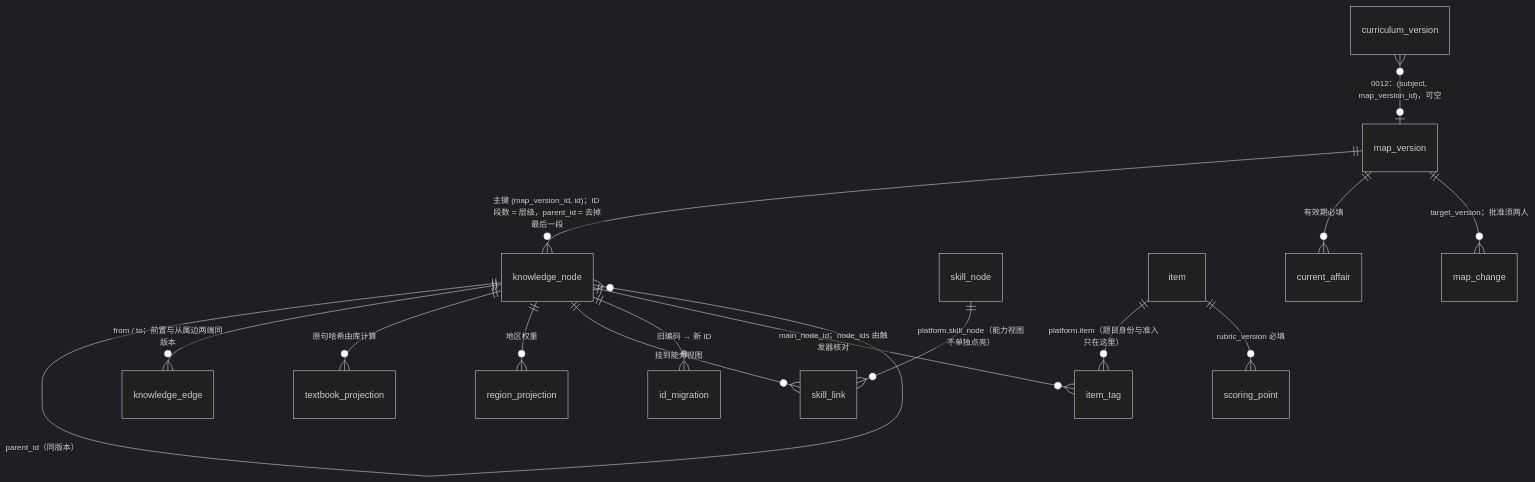
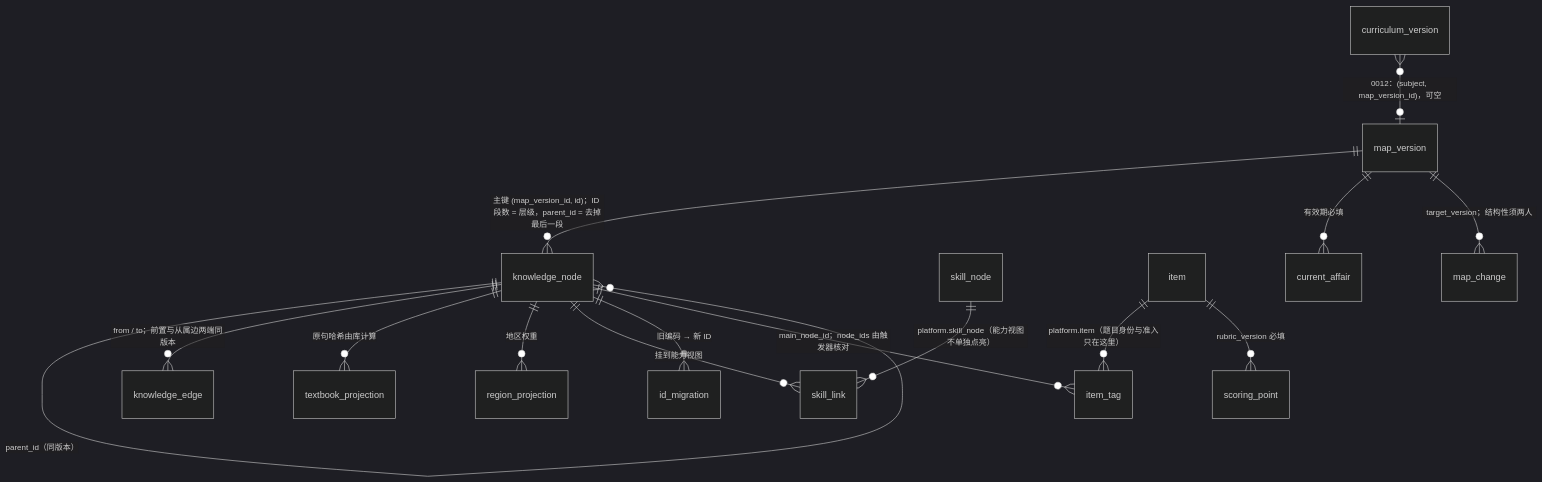
One commit to zeemen/starbuddy changed the third of 4 diagrams in docs/adr/erd.md. Above: the diagram before and after it, drawn with Mermaid (dark theme). The commit also changed other lines of this file and 13 other files, not shown here.

````diff
--- a/docs/adr/erd.md
+++ b/docs/adr/erd.md
@@ -131,17 +131,17 @@
 ```mermaid
 erDiagram
   map_version ||--o{ knowledge_node : "主键 (map_version_id, id)；ID 段数 = 层级，parent_id = 去掉最后一段"
   knowledge_node ||--o{ knowledge_node : "parent_id（同版本）"
   knowledge_node ||--o{ knowledge_edge : "from / to；前置与从属边两端同版本"
   knowledge_node ||--o{ textbook_projection : "原句哈希由库计算"
   knowledge_node ||--o{ region_projection : "地区权重"
   knowledge_node ||--o{ skill_link : "挂到能力视图"
   skill_node ||--o{ skill_link : "platform.skill_node（能力视图不单独点亮）"
   knowledge_node ||--o{ id_migration : "旧编码 → 新 ID"
   item ||--o{ item_tag : "platform.item（题目身份与准入只在这里）"
   knowledge_node ||--o{ item_tag : "main_node_id；node_ids 由触发器核对"
   item ||--o{ scoring_point : "rubric_version 必填"
   map_version ||--o{ current_affair : "有效期必填"
-  map_version ||--o{ map_change : "target_version；批准须两人"
+  map_version ||--o{ map_change : "target_version；结构性须两人"
   curriculum_version }o--o| map_version : "0012：(subject, map_version_id)，可空"
 ```
````
